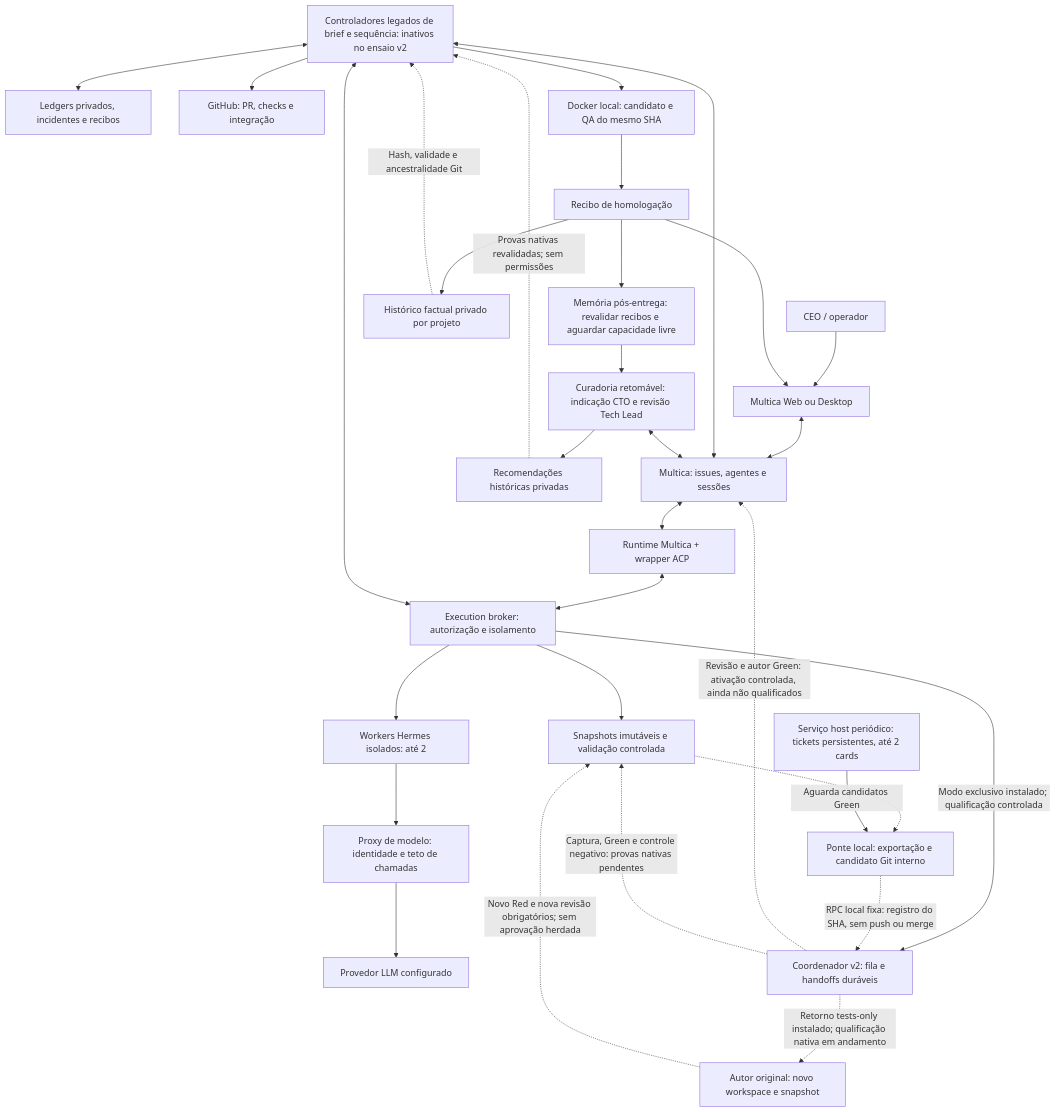
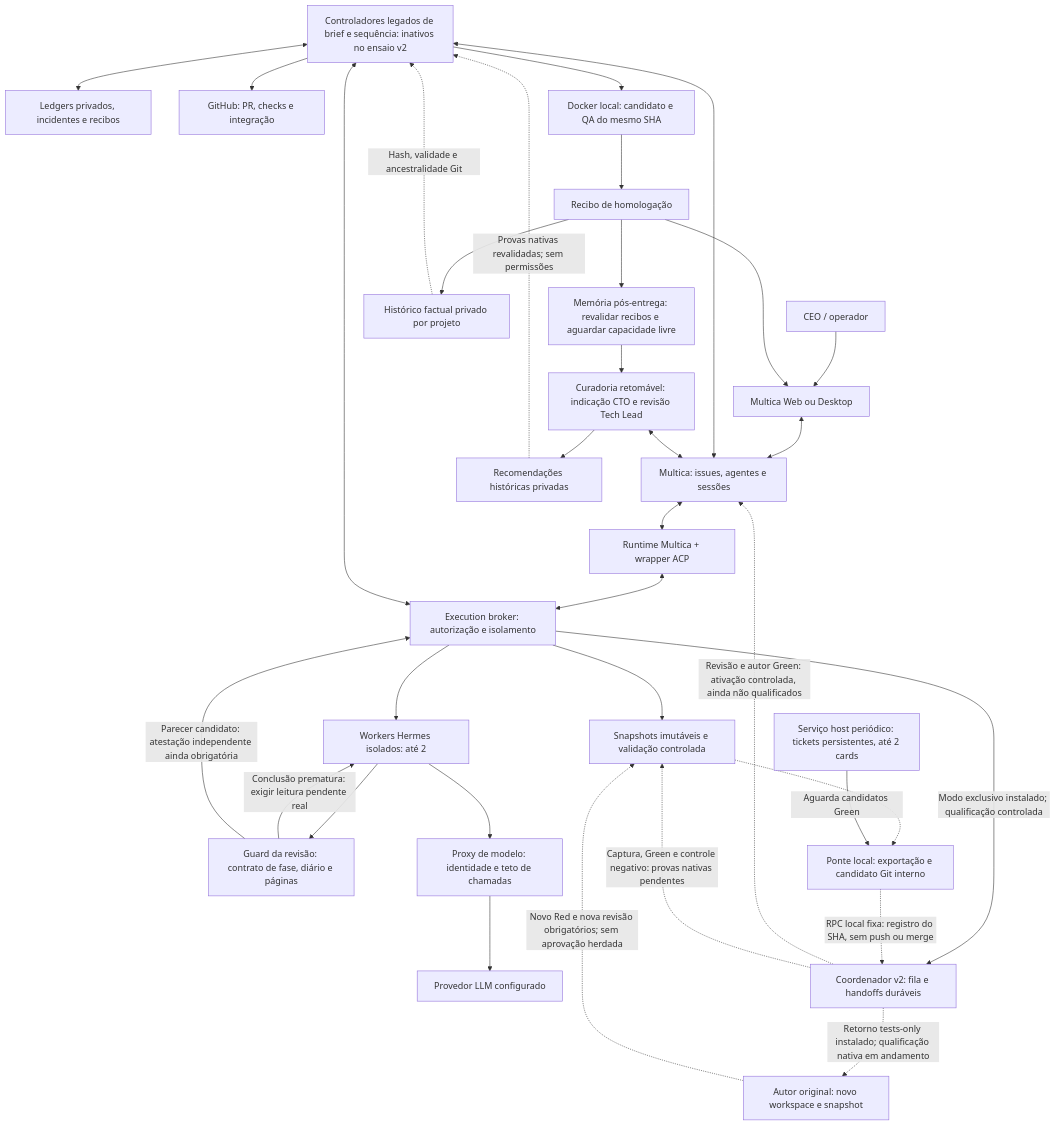
Before and after one commit to codifydeep/fabriquinha: the first of 8 diagrams in README.md, drawn with Mermaid. The commit also changed other lines of this file and 28 other files, not shown here.

````diff
--- a/README.md
+++ b/README.md
@@ -607,33 +616,36 @@
 ```mermaid
 flowchart TB
     CEO[CEO / operador] --> UI[Multica Web ou Desktop]
     UI <--> MC[Multica: issues, agentes e sessões]
     MC <--> RT[Runtime Multica + wrapper ACP]
     RT <--> B[Execution broker: autorização e isolamento]
     S[Controladores legados de brief e sequência: inativos no ensaio v2] <--> MC
     S <--> B
     S <--> L[Ledgers privados, incidentes e recibos]
     B --> W[Workers Hermes isolados: até 2]
+    W --> RG[Guard da revisão: contrato de fase, diário e páginas]
+    RG -->|Conclusão prematura: exigir leitura pendente real| W
+    RG -->|Parecer candidato: atestação independente ainda obrigatória| B
     W --> P[Proxy de modelo: identidade e teto de chamadas]
     P --> M[Provedor LLM configurado]
     B --> E[Snapshots imutáveis e validação controlada]
     B -->|Modo exclusivo instalado; qualificação controlada| V2[Coordenador v2: fila e handoffs duráveis]
     V2 -.->|Revisão e autor Green: ativação controlada, ainda não qualificados| MC
     V2 -.->|Retorno tests-only instalado; qualificação nativa em andamento| TR[Autor original: novo workspace e snapshot]
     TR -.->|Novo Red e nova revisão obrigatórios; sem aprovação herdada| E
     V2 -.->|Captura, Green e controle negativo: provas nativas pendentes| E
     E -.-> GX[Ponte local: exportação e candidato Git interno]
     GX -.->|RPC local fixa: registro do SHA, sem push ou merge| V2
     GD[Serviço host periódico: tickets persistentes, até 2 cards] -->|Aguarda candidatos Green| GX
     S --> GH[GitHub: PR, checks e integração]
     S --> QA[Docker local: candidato e QA do mesmo SHA]
     QA --> R[Recibo de homologação]
     R --> UI
     R --> HF[Histórico factual privado por projeto]
     HF -.->|Hash, validade e ancestralidade Git| S
     R --> MQ[Memória pós-entrega: revalidar recibos e aguardar capacidade livre]
     MQ --> C[Curadoria retomável: indicação CTO e revisão Tech Lead]
     C <--> MC
     C --> K[Recomendações históricas privadas]
     K -.->|Provas nativas revalidadas; sem permissões| S
 ```
````
